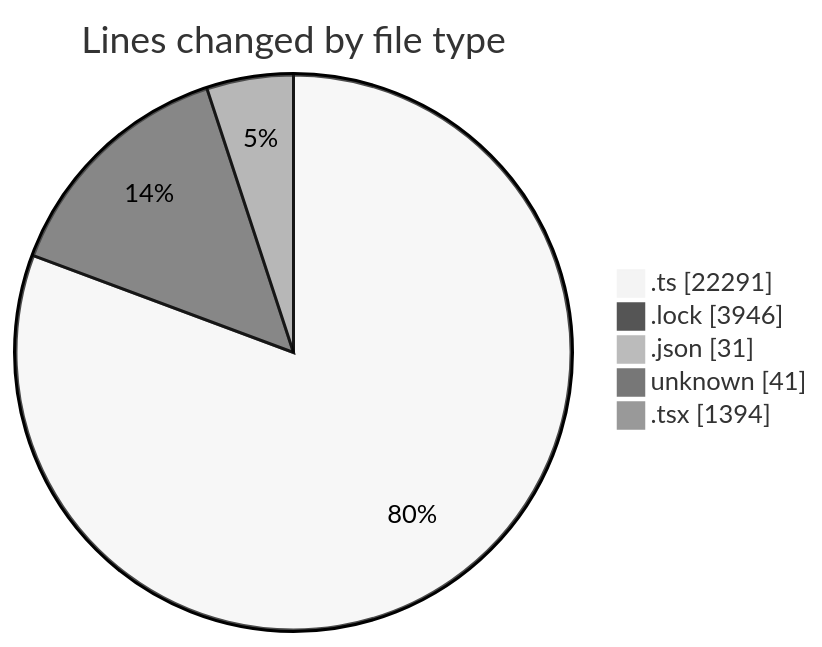
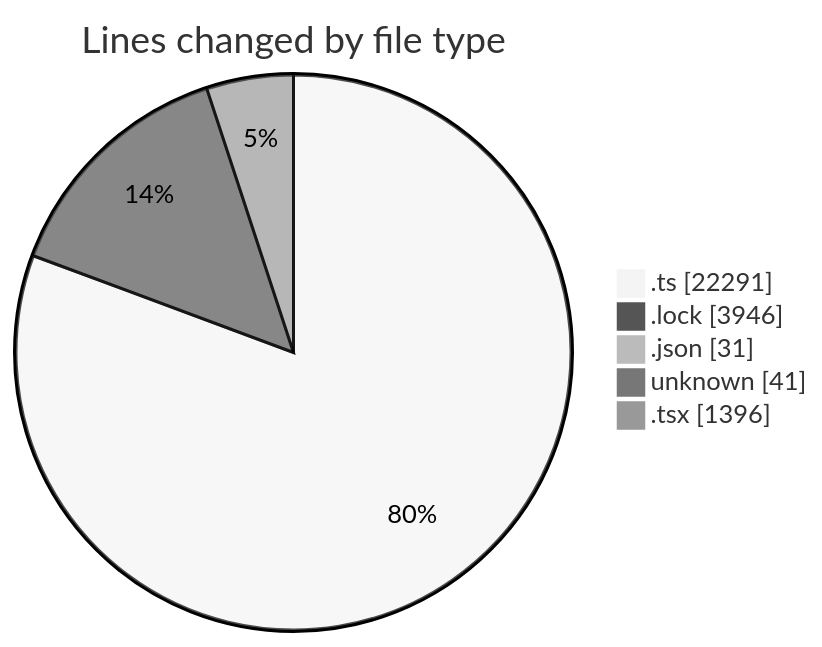
The first of 2 diagrams in 2025-08-19/cda/README.md (momahboobian/code-tracking), drawn with Mermaid (neutral theme) before and after one commit. The commit also changed other lines of this file and 1 other file, not shown here.

````diff
--- a/2025-08-19/cda/README.md
+++ b/2025-08-19/cda/README.md
@@ -39,9 +39,9 @@
 ```mermaid
 pie showData
 title Lines changed by file type
 ".ts" : 22291
 ".lock" : 3946
 ".json" : 31
 "unknown" : 41
-".tsx" : 1394
+".tsx" : 1396
 ```
````
